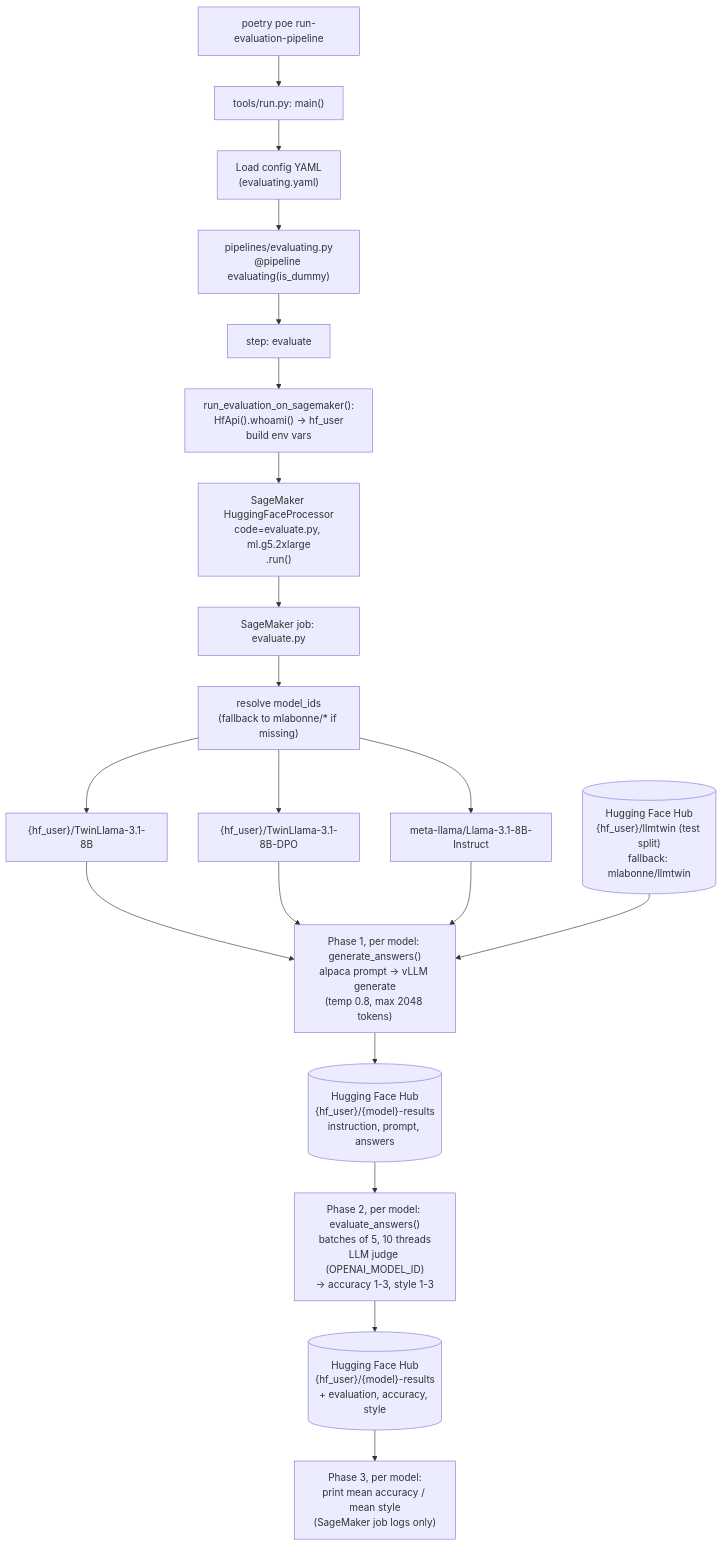
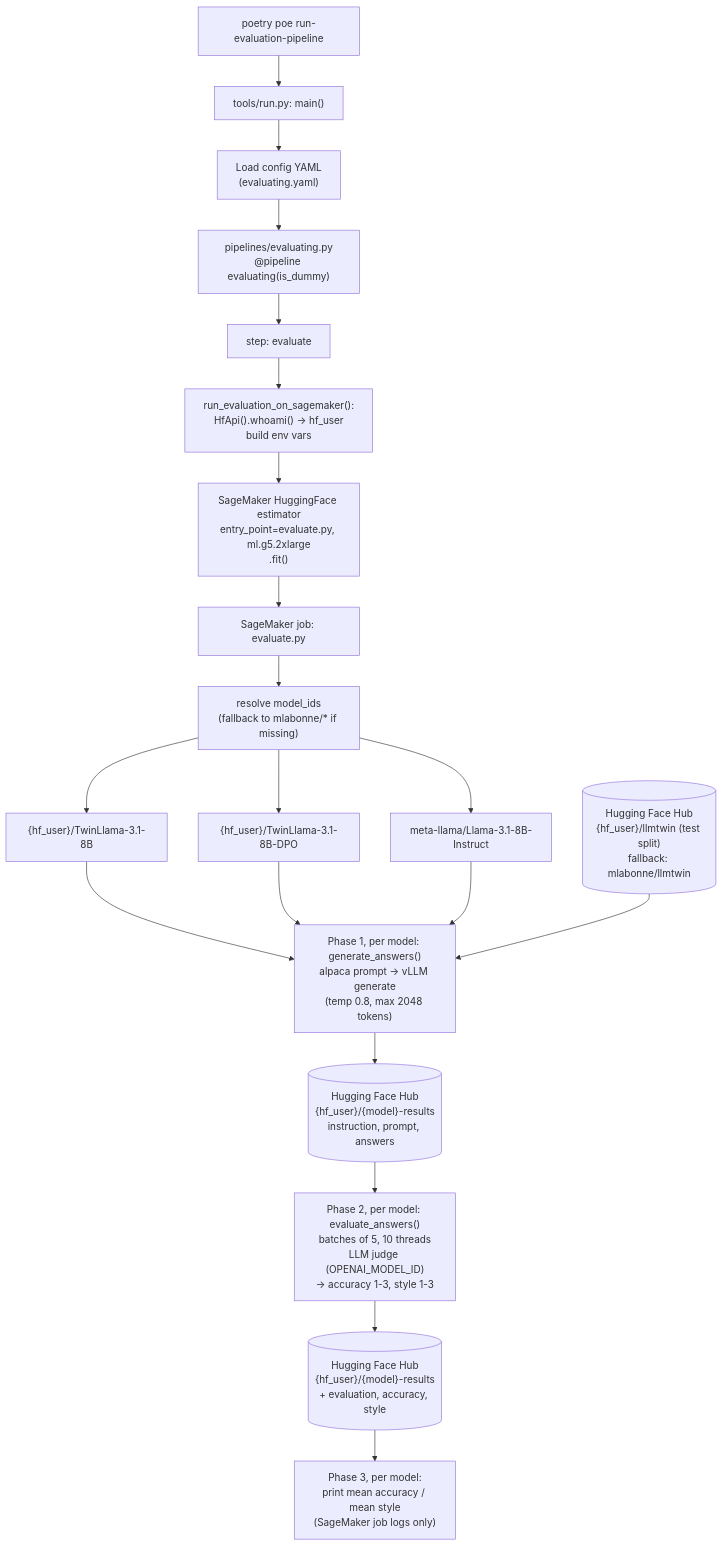
The diagram in docs/evaluating_pipeline.md (PacktPublishing/LLM-Engineers-Handbook), drawn with Mermaid before and after one commit. The commit also changed other lines of this file and 2 other files, not shown here.

Commit message:
Refactor evaluation pipeline to use SageMaker Training job; enhance GPU memory management and score reporting

````diff
--- a/docs/evaluating_pipeline.md
+++ b/docs/evaluating_pipeline.md
@@ -28,29 +28,29 @@
 ```mermaid
 flowchart TD
     A["poetry poe run-evaluation-pipeline"] --> B["tools/run.py: main()"]
     B --> C["Load config YAML\n(evaluating.yaml)"]
     C --> D["pipelines/evaluating.py\n@pipeline evaluating(is_dummy)"]
 
     D --> E["step: evaluate"]
     E --> F["run_evaluation_on_sagemaker():\nHfApi().whoami() -> hf_user\nbuild env vars"]
-    F --> G["SageMaker HuggingFaceProcessor\ncode=evaluate.py, ml.g5.2xlarge\n.run()"]
+    F --> G["SageMaker HuggingFace estimator\nentry_point=evaluate.py, ml.g5.2xlarge\n.fit()"]
 
     G --> H["SageMaker job: evaluate.py"]
     H --> I["resolve model_ids\n(fallback to mlabonne/* if missing)"]
     I --> M1["{hf_user}/TwinLlama-3.1-8B"]
     I --> M2["{hf_user}/TwinLlama-3.1-8B-DPO"]
     I --> M3["meta-llama/Llama-3.1-8B-Instruct"]
 
     M1 --> J
     M2 --> J
     M3 --> J
     K[("Hugging Face Hub\n{hf_user}/llmtwin (test split)\nfallback: mlabonne/llmtwin")] --> J
 
     J["Phase 1, per model: generate_answers()\nalpaca prompt -> vLLM generate\n(temp 0.8, max 2048 tokens)"]
     J --> R[("Hugging Face Hub\n{hf_user}/{model}-results\ninstruction, prompt, answers")]
 
     R --> L["Phase 2, per model: evaluate_answers()\nbatches of 5, 10 threads\nLLM judge (OPENAI_MODEL_ID)\n-> accuracy 1-3, style 1-3"]
     L --> R2[("Hugging Face Hub\n{hf_user}/{model}-results\n+ evaluation, accuracy, style")]
 
     R2 --> P["Phase 3, per model:\nprint mean accuracy / mean style\n(SageMaker job logs only)"]
 ```
````
